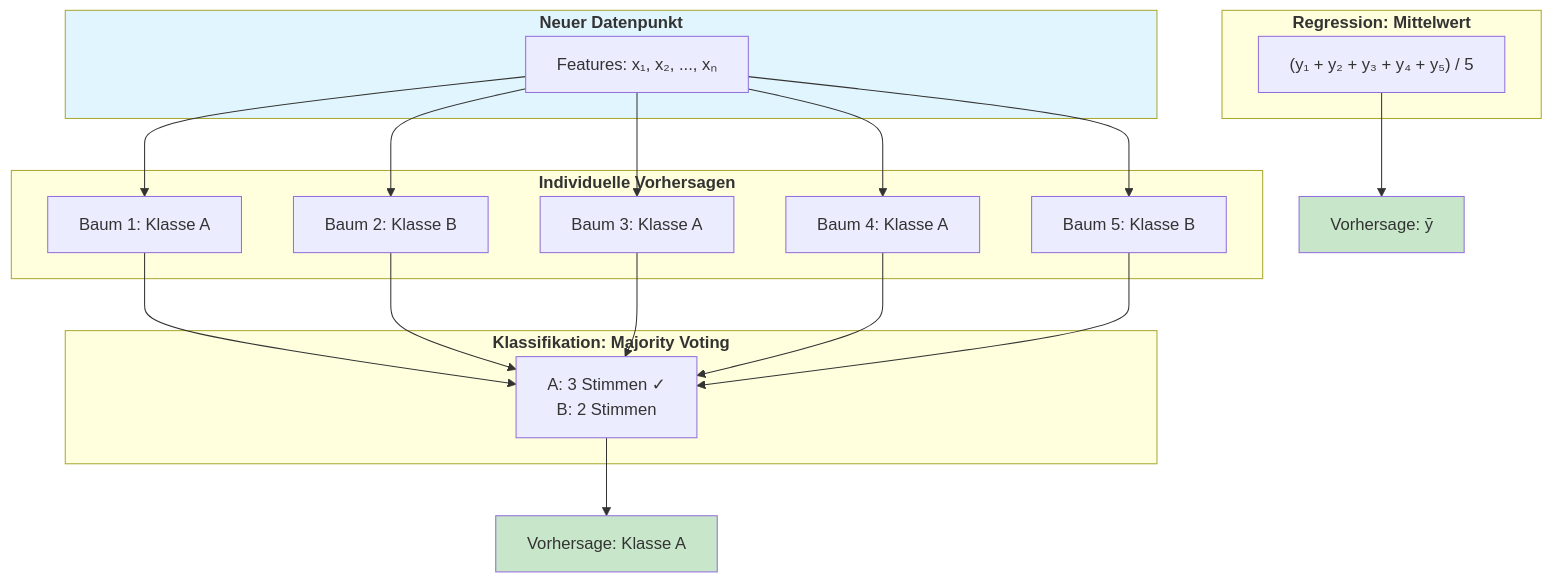
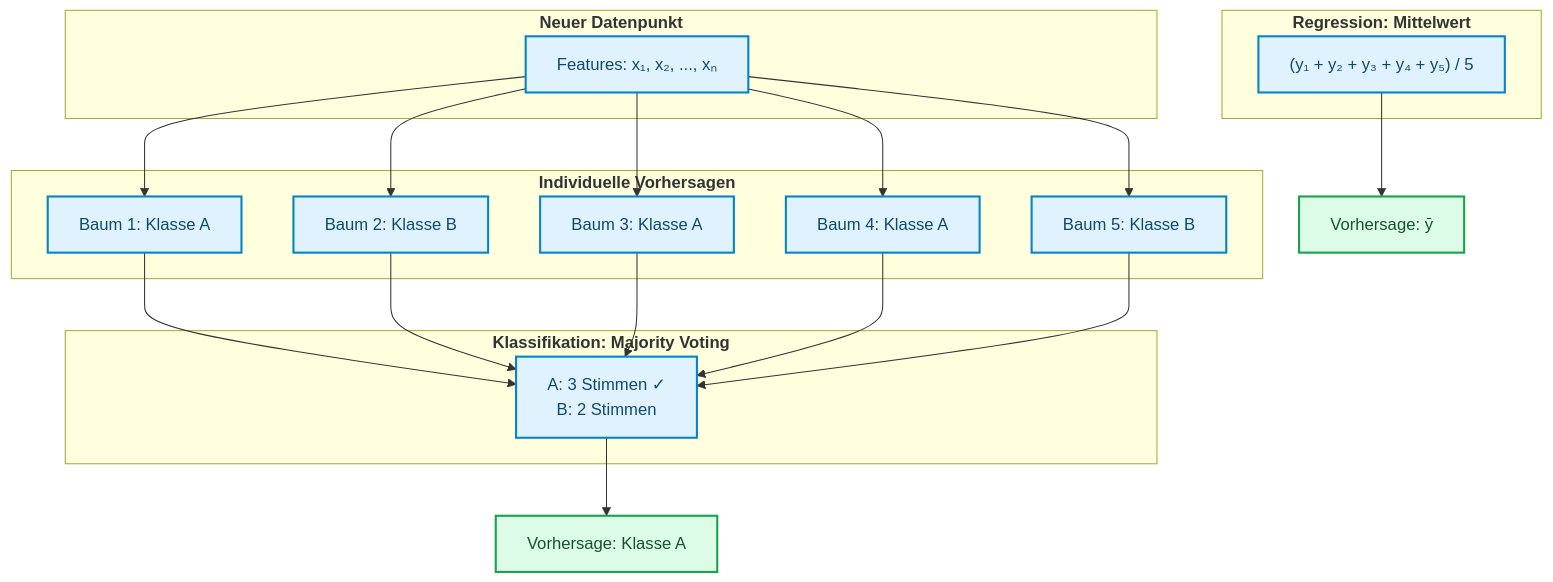
One commit to ralf-42/ML_Intro changed the third of 5 diagrams in docs/concepts/modeling/random-forest.md. Above: the diagram before and after it, drawn with Mermaid. The commit also changed other lines of this file and 67 other files, not shown here.

````diff
--- a/docs/concepts/modeling/random-forest.md
+++ b/docs/concepts/modeling/random-forest.md
@@ -148,41 +148,41 @@
 ```mermaid
 flowchart TD
     subgraph Input["<b>Neuer Datenpunkt"]
         X["Features: x₁, x₂, ..., xₙ"]
     end
     
     subgraph Trees["<b>Individuelle Vorhersagen"]
         T1["Baum 1: Klasse A"]
         T2["Baum 2: Klasse B"]
         T3["Baum 3: Klasse A"]
         T4["Baum 4: Klasse A"]
         T5["Baum 5: Klasse B"]
     end
     
     subgraph Klassifikation["<b>Klassifikation: Majority Voting"]
         MV["A: 3 Stimmen ✓<br/>B: 2 Stimmen"]
     end
     
     subgraph Regression["<b>Regression: Mittelwert"]
         AVG["(y₁ + y₂ + y₃ + y₄ + y₅) / 5"]
     end
     
     X --> T1
     X --> T2
     X --> T3
     X --> T4
     X --> T5
     
     T1 --> MV
     T2 --> MV
     T3 --> MV
     T4 --> MV
     T5 --> MV
     
     MV --> Result1["Vorhersage: Klasse A"]
     AVG --> Result2["Vorhersage: ȳ"]
-    
-    style Input fill:#e1f5fe
-    style Result1 fill:#c8e6c9
-    style Result2 fill:#c8e6c9
+
+    classDef default fill:#e0f2fe,stroke:#0284c7,stroke-width:2px,color:#0c4a6e;
+    classDef output fill:#dcfce7,stroke:#16a34a,stroke-width:2px,color:#14532d;
+    class Result1,Result2 output;
 ```
````
